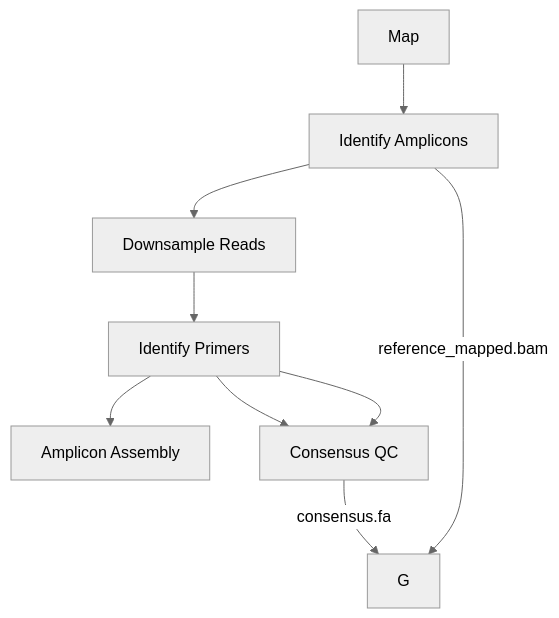
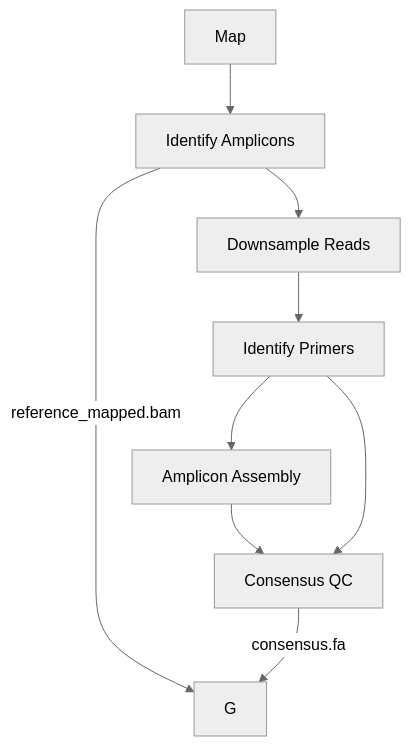
The diagram in README.md (iqbal-lab-org/viridian), drawn with Mermaid (neutral theme) before and after one commit.

Commit message:
fix sequence

````diff
--- a/README.md
+++ b/README.md
@@ -63,11 +63,11 @@
 ```mermaid
 flowchart TD
     A[Map] --> B[Identify Amplicons];
     B --> C[Downsample Reads];
     C --> D[Identify Primers];
     D --> E[Amplicon Assembly];
-    D --> F[Consensus QC];
+    E --> F[Consensus QC];
     D --> F;
     B -- reference_mapped.bam --> G;
     F -- consensus.fa --> G;
 ```
````
